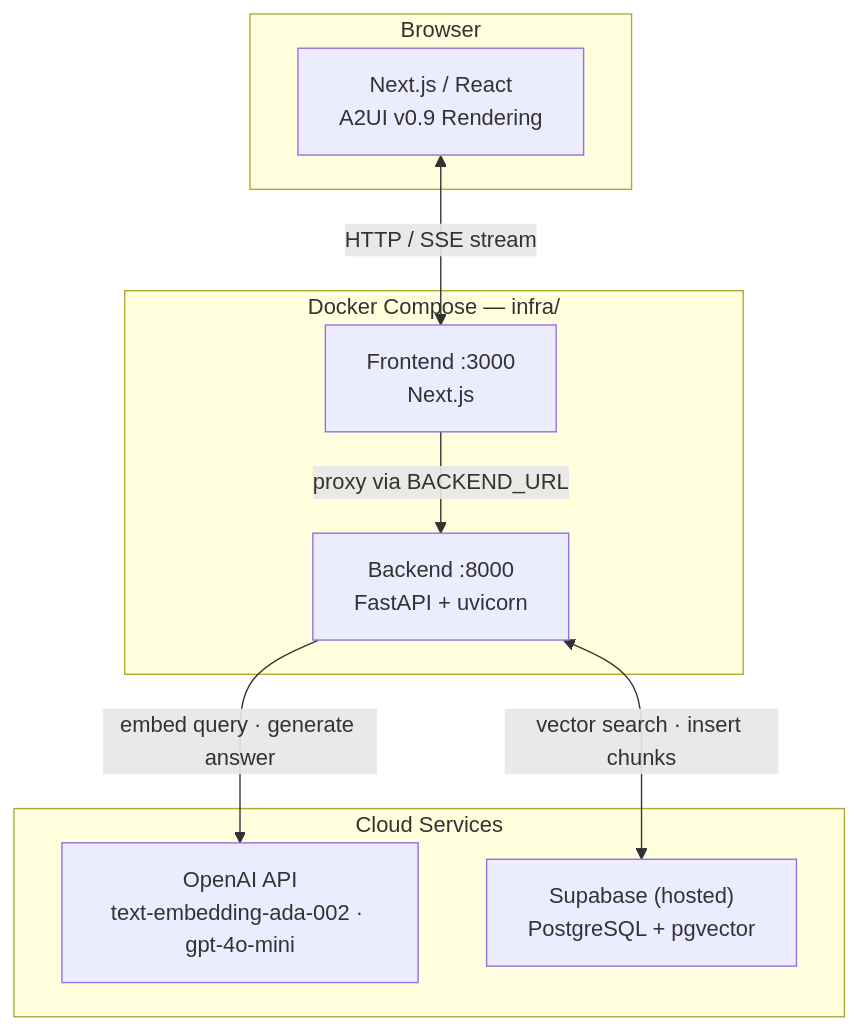
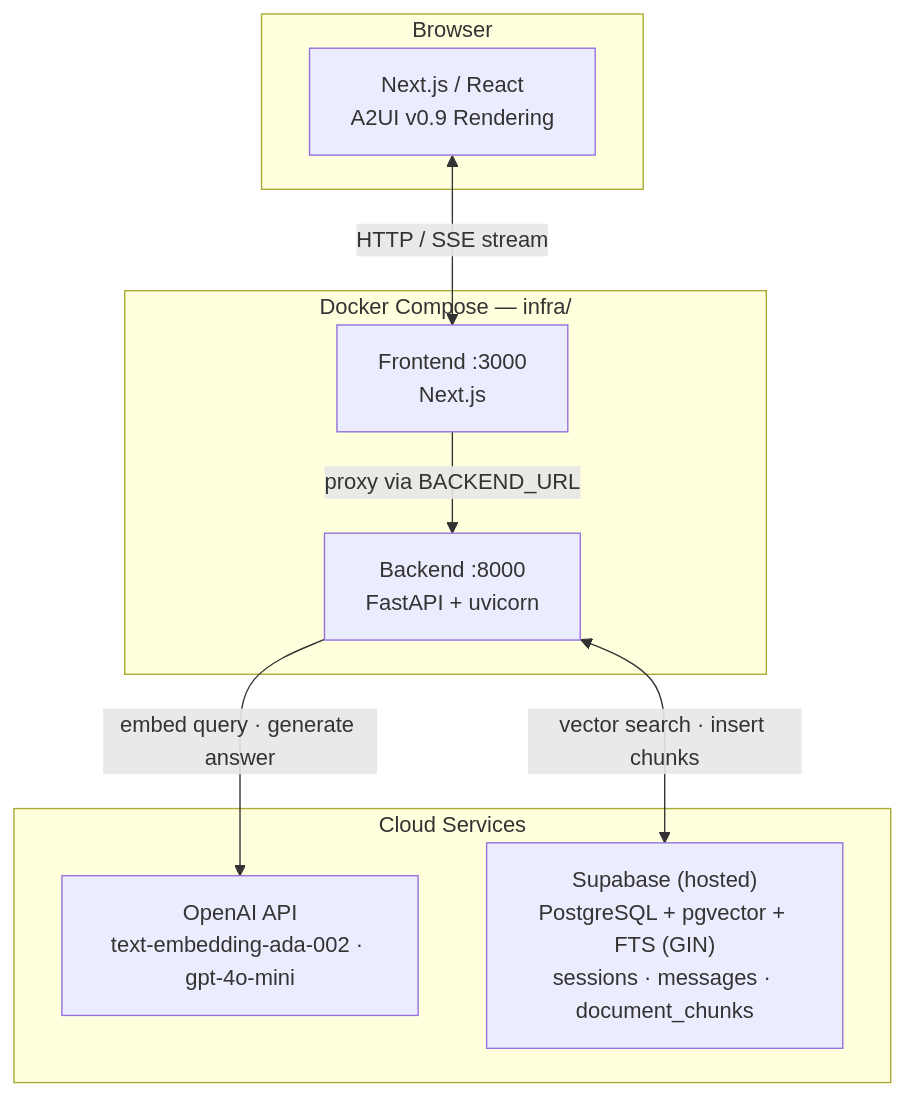
One commit to dashbh/synapse changed the first of 3 diagrams in docs/Architecture.md. Above: the diagram before and after it, drawn with Mermaid. The commit also changed other lines of this file and 2 other files, not shown here.

Commit message:
Document Chat Session history requiremnt & architecture

````diff
--- a/docs/Architecture.md
+++ b/docs/Architecture.md
@@ -62,21 +69,21 @@
 ```mermaid
 flowchart TB
     subgraph browser["Browser"]
         ui["Next.js / React\nA2UI v0.9 Rendering"]
     end
 
     subgraph compose["Docker Compose — infra/"]
         fe["Frontend :3000\nNext.js"]
         be["Backend :8000\nFastAPI + uvicorn"]
     end
 
     subgraph cloud["Cloud Services"]
         oai["OpenAI API\ntext-embedding-ada-002 · gpt-4o-mini"]
-        sb["Supabase (hosted)\nPostgreSQL + pgvector"]
+        sb["Supabase (hosted)\nPostgreSQL + pgvector + FTS (GIN)\nsessions · messages · document_chunks"]
     end
 
     ui <-->|"HTTP / SSE stream"| fe
     fe -->|"proxy via BACKEND_URL"| be
     be -->|"embed query · generate answer"| oai
     be <-->|"vector search · insert chunks"| sb
 ```
````
